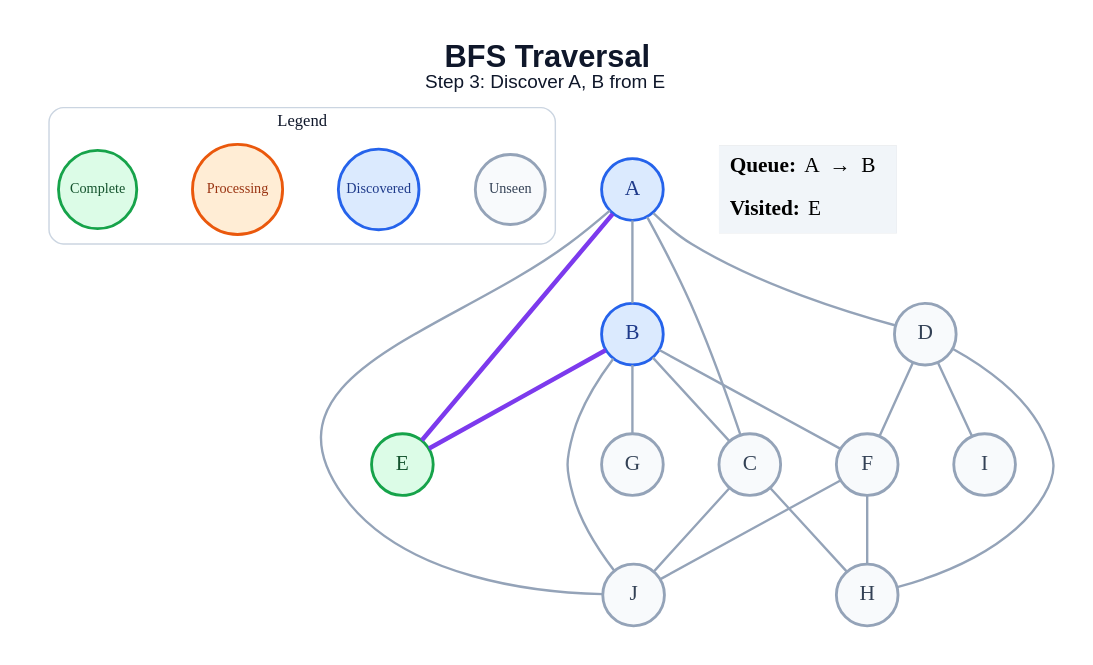
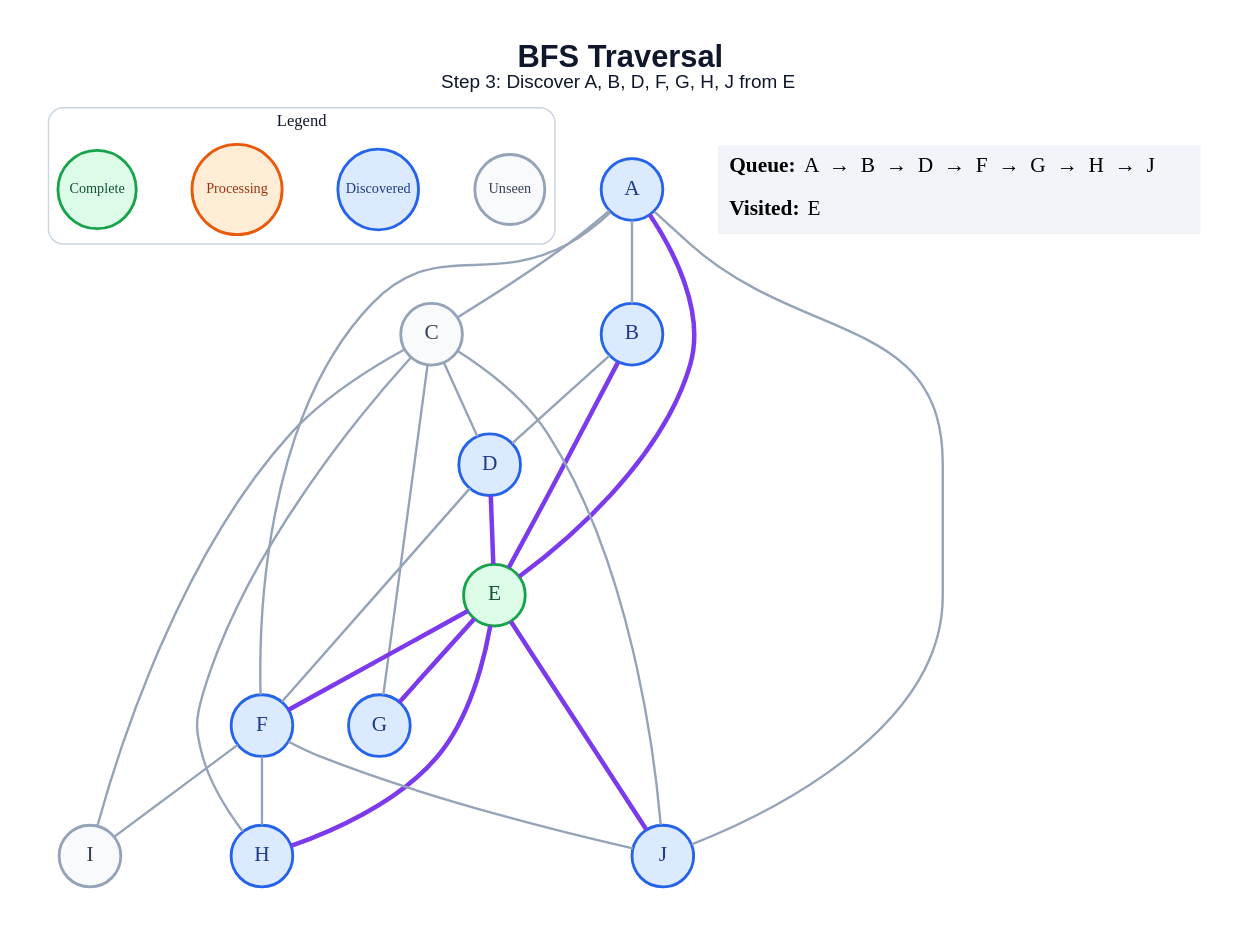
One commit to amanghodawala9/ai-slop changed the diagram in generated/specific-node/bfs/step_03.dot. Above: the diagram before and after it, drawn with Graphviz. The commit also changed 178 other files, not shown here.

```diff
--- a/generated/specific-node/bfs/step_03.dot
+++ b/generated/specific-node/bfs/step_03.dot
@@ -1,46 +1,50 @@
 graph traversal {
   graph [layout=dot, rankdir=TB, bgcolor="#FFFFFF", pad="0.35", nodesep="0.65", ranksep="0.8", fontname="Arial"];
   node [shape=circle, style="filled", fontname="Arial Bold", fontsize=18, width=0.72, fixedsize=true, penwidth=2.4];
   edge [color="#94A3B8", penwidth=2.0];
-  label=<<B>BFS Traversal</B><BR/><FONT POINT-SIZE="16">Step 3: Discover A, B from E</FONT>>; labelloc="t"; fontsize=26; fontname="Arial"; fontcolor="#0F172A";
+  label=<<B>BFS Traversal</B><BR/><FONT POINT-SIZE="16">Step 3: Discover A, B, D, F, G, H, J from E</FONT>>; labelloc="t"; fontsize=26; fontname="Arial"; fontcolor="#0F172A";
   subgraph cluster_legend { label="Legend"; color="#CBD5E1"; penwidth=1.2; style="rounded"; fontsize=14; fontname="Arial Bold";
     key_unseen [label="Unseen", fillcolor="#F8FAFC", color="#94A3B8", fontcolor="#334155", fontsize=12, width=0.82];
     key_frontier [label="Discovered", fillcolor="#DBEAFE", color="#2563EB", fontcolor="#1E3A8A", fontsize=12, width=0.95];
     key_current [label="Processing", fillcolor="#FFEDD5", color="#EA580C", fontcolor="#9A3412", fontsize=12, width=1.05];
     key_done [label="Complete", fillcolor="#DCFCE7", color="#16A34A", fontcolor="#14532D", fontsize=12, width=0.92];
     { rank=same; key_unseen; key_frontier; key_current; key_done; }
   }
   A [fillcolor="#DBEAFE", color="#2563EB", fontcolor="#1E3A8A"];
   B [fillcolor="#DBEAFE", color="#2563EB", fontcolor="#1E3A8A"];
   C [fillcolor="#F8FAFC", color="#94A3B8", fontcolor="#334155"];
-  D [fillcolor="#F8FAFC", color="#94A3B8", fontcolor="#334155"];
+  D [fillcolor="#DBEAFE", color="#2563EB", fontcolor="#1E3A8A"];
   E [fillcolor="#DCFCE7", color="#16A34A", fontcolor="#14532D"];
-  F [fillcolor="#F8FAFC", color="#94A3B8", fontcolor="#334155"];
-  G [fillcolor="#F8FAFC", color="#94A3B8", fontcolor="#334155"];
-  H [fillcolor="#F8FAFC", color="#94A3B8", fontcolor="#334155"];
+  F [fillcolor="#DBEAFE", color="#2563EB", fontcolor="#1E3A8A"];
+  G [fillcolor="#DBEAFE", color="#2563EB", fontcolor="#1E3A8A"];
+  H [fillcolor="#DBEAFE", color="#2563EB", fontcolor="#1E3A8A"];
   I [fillcolor="#F8FAFC", color="#94A3B8", fontcolor="#334155"];
-  J [fillcolor="#F8FAFC", color="#94A3B8", fontcolor="#334155"];
+  J [fillcolor="#DBEAFE", color="#2563EB", fontcolor="#1E3A8A"];
   A -- B;
   A -- C;
-  A -- D;
   A -- E [color="#7C3AED", penwidth=3.8];
+  A -- F;
   A -- J;
-  B -- C;
+  B -- D;
   B -- E [color="#7C3AED", penwidth=3.8];
-  B -- F;
-  B -- G;
-  B -- J;
+  C -- D;
+  C -- G;
   C -- H;
+  C -- I;
   C -- J;
+  D -- E [color="#7C3AED", penwidth=3.8];
   D -- F;
-  D -- H;
-  D -- I;
+  E -- F [color="#7C3AED", penwidth=3.8];
+  E -- G [color="#7C3AED", penwidth=3.8];
+  E -- H [color="#7C3AED", penwidth=3.8];
+  E -- J [color="#7C3AED", penwidth=3.8];
   F -- H;
+  F -- I;
   F -- J;
   status [shape=plain, fixedsize=false, width=0, height=0, margin=0, label=<
     <TABLE BORDER="0" CELLBORDER="0" CELLPADDING="7" BGCOLOR="#F1F5F9">
-      <TR><TD ALIGN="LEFT"><B>Queue:</B> A  →  B</TD></TR>
+      <TR><TD ALIGN="LEFT"><B>Queue:</B> A  →  B  →  D  →  F  →  G  →  H  →  J</TD></TR>
       <TR><TD ALIGN="LEFT"><B>Visited:</B> E</TD></TR>
     </TABLE>
   >];
 }
```
